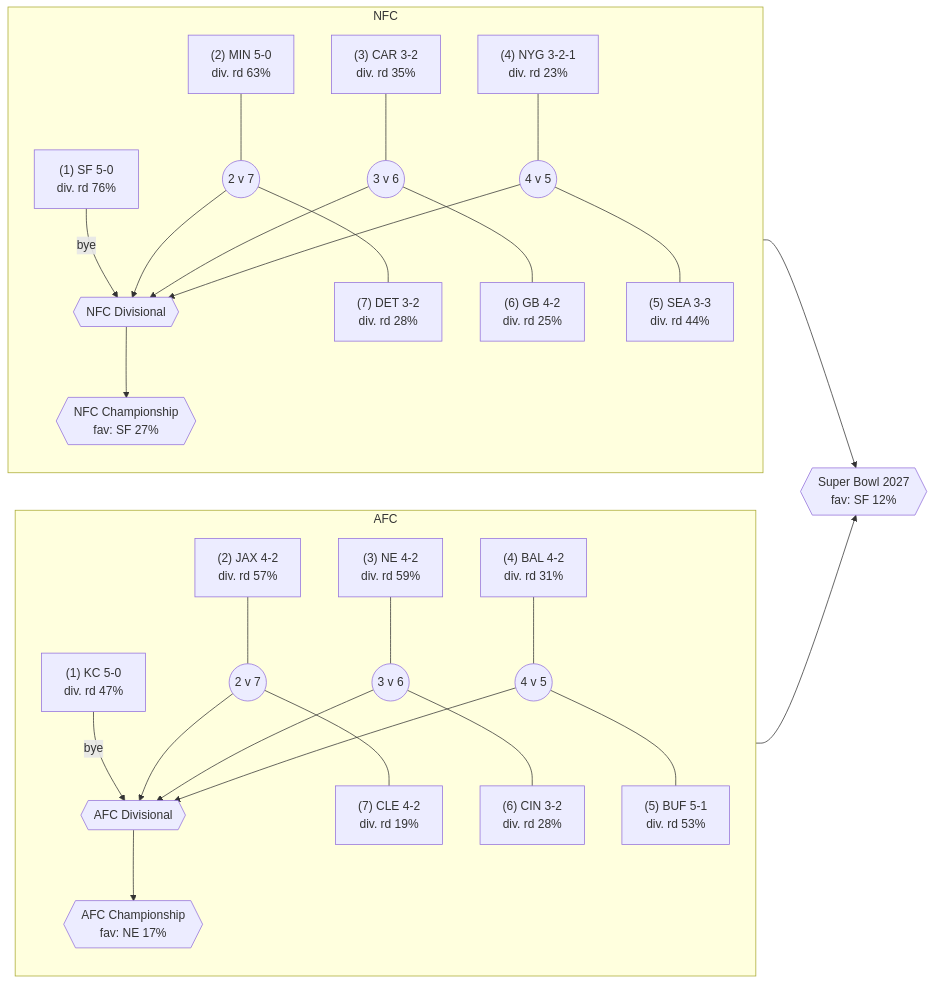
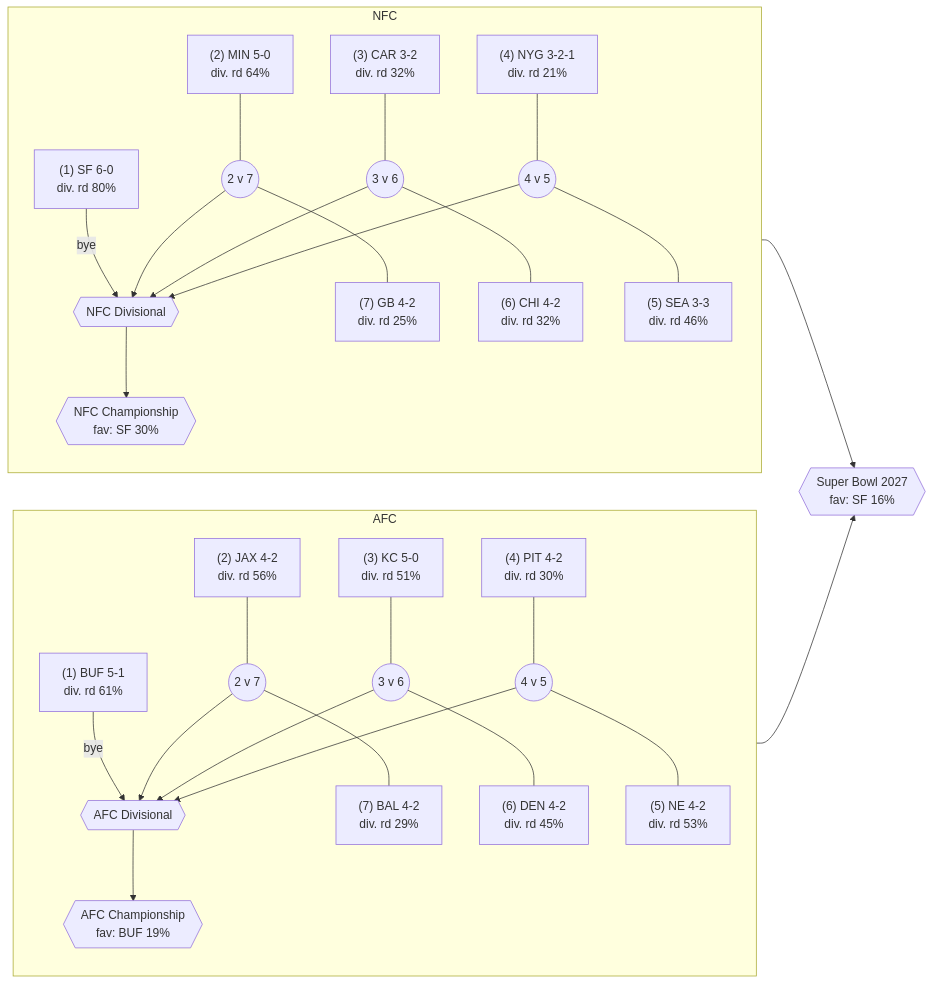
One commit to brentmzey/nfl_superbowl_playoff_odds changed the first of 4 diagrams in README.md. Above: the diagram before and after it, drawn with Mermaid. The commit also changed other lines of this file and 16 other files, not shown here.

Commit message:
chore: data refresh 2026-10-20 (week 6 incl. MNF), odds trend chart; fix schema-ts snapshot clobber (0.1.0-RC6)

````diff
--- a/README.md
+++ b/README.md
@@ -77,27 +77,27 @@
 ```mermaid
 flowchart LR
 subgraph AFC_WC["AFC"]
   direction TB
-  AFC1["(1) KC 5-0<br/>div. rd 47%"] -->|bye| AFC_DIV
-  AFC2["(2) JAX 4-2<br/>div. rd 57%"] --- AFC_G1(("2 v 7")) --- AFC7["(7) CLE 4-2<br/>div. rd 19%"]
-  AFC3["(3) NE 4-2<br/>div. rd 59%"] --- AFC_G2(("3 v 6")) --- AFC6["(6) CIN 3-2<br/>div. rd 28%"]
-  AFC4["(4) BAL 4-2<br/>div. rd 31%"] --- AFC_G3(("4 v 5")) --- AFC5["(5) BUF 5-1<br/>div. rd 53%"]
+  AFC1["(1) BUF 5-1<br/>div. rd 61%"] -->|bye| AFC_DIV
+  AFC2["(2) JAX 4-2<br/>div. rd 56%"] --- AFC_G1(("2 v 7")) --- AFC7["(7) BAL 4-2<br/>div. rd 29%"]
+  AFC3["(3) KC 5-0<br/>div. rd 51%"] --- AFC_G2(("3 v 6")) --- AFC6["(6) DEN 4-2<br/>div. rd 45%"]
+  AFC4["(4) PIT 4-2<br/>div. rd 30%"] --- AFC_G3(("4 v 5")) --- AFC5["(5) NE 4-2<br/>div. rd 53%"]
   AFC_G1 --> AFC_DIV
   AFC_G2 --> AFC_DIV
   AFC_G3 --> AFC_DIV
-  AFC_DIV{{"AFC Divisional"}} --> AFC_CCG{{"AFC Championship<br/>fav: NE 17%"}}
+  AFC_DIV{{"AFC Divisional"}} --> AFC_CCG{{"AFC Championship<br/>fav: BUF 19%"}}
 end
 subgraph NFC_WC["NFC"]
   direction TB
-  NFC1["(1) SF 5-0<br/>div. rd 76%"] -->|bye| NFC_DIV
-  NFC2["(2) MIN 5-0<br/>div. rd 63%"] --- NFC_G1(("2 v 7")) --- NFC7["(7) DET 3-2<br/>div. rd 28%"]
-  NFC3["(3) CAR 3-2<br/>div. rd 35%"] --- NFC_G2(("3 v 6")) --- NFC6["(6) GB 4-2<br/>div. rd 25%"]
-  NFC4["(4) NYG 3-2-1<br/>div. rd 23%"] --- NFC_G3(("4 v 5")) --- NFC5["(5) SEA 3-3<br/>div. rd 44%"]
+  NFC1["(1) SF 6-0<br/>div. rd 80%"] -->|bye| NFC_DIV
+  NFC2["(2) MIN 5-0<br/>div. rd 64%"] --- NFC_G1(("2 v 7")) --- NFC7["(7) GB 4-2<br/>div. rd 25%"]
+  NFC3["(3) CAR 3-2<br/>div. rd 32%"] --- NFC_G2(("3 v 6")) --- NFC6["(6) CHI 4-2<br/>div. rd 32%"]
+  NFC4["(4) NYG 3-2-1<br/>div. rd 21%"] --- NFC_G3(("4 v 5")) --- NFC5["(5) SEA 3-3<br/>div. rd 46%"]
   NFC_G1 --> NFC_DIV
   NFC_G2 --> NFC_DIV
   NFC_G3 --> NFC_DIV
-  NFC_DIV{{"NFC Divisional"}} --> NFC_CCG{{"NFC Championship<br/>fav: SF 27%"}}
+  NFC_DIV{{"NFC Divisional"}} --> NFC_CCG{{"NFC Championship<br/>fav: SF 30%"}}
 end
-AFC_CCG --> SB{{"Super Bowl 2027<br/>fav: SF 12%"}}
+AFC_CCG --> SB{{"Super Bowl 2027<br/>fav: SF 16%"}}
 NFC_CCG --> SB
 ```
````
